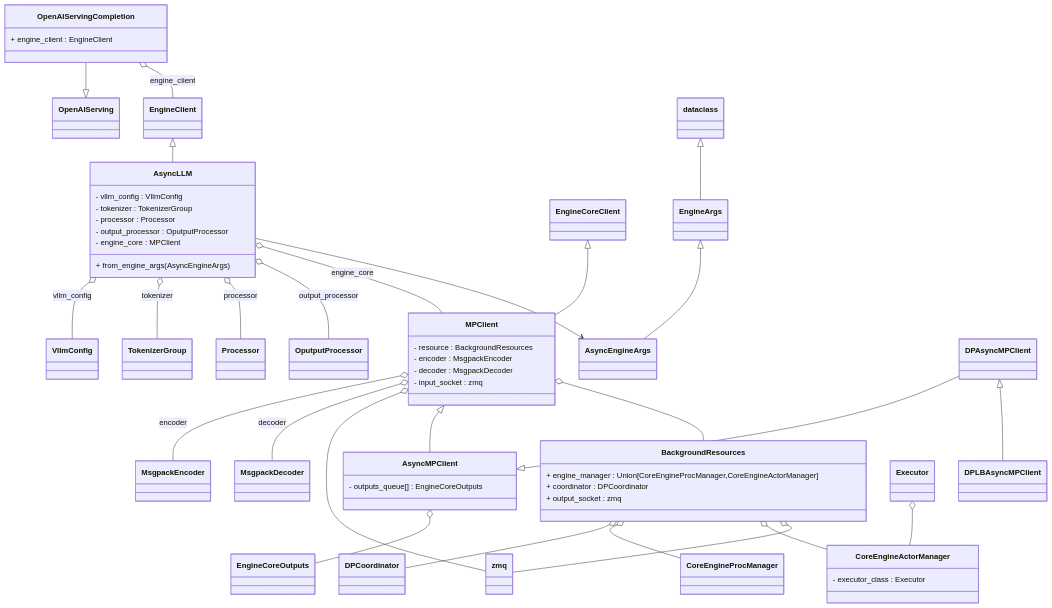
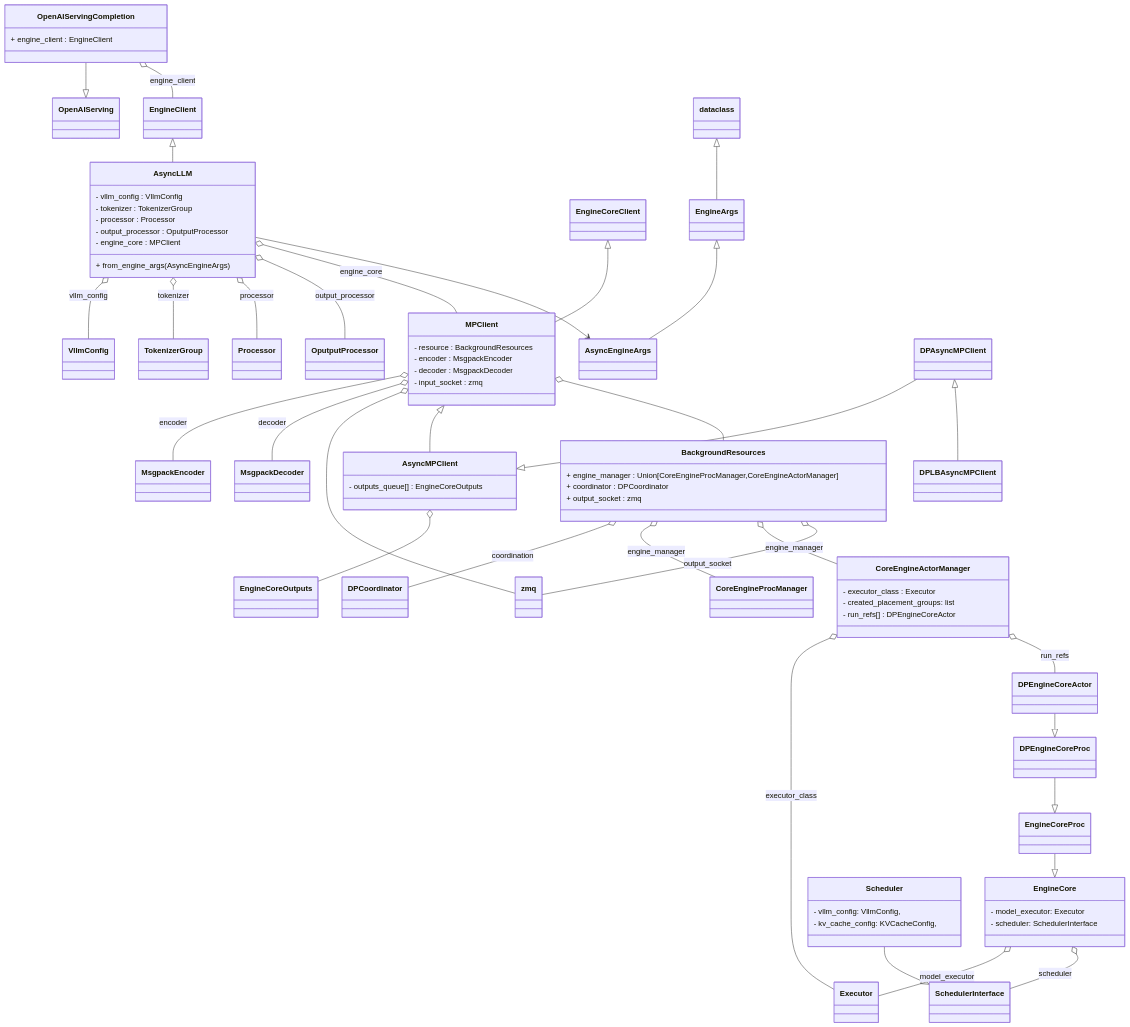
The diagram in analysis/classDiagram_v1_total_manual.mmd (mystous/vllm_hybrid), drawn with Mermaid before and after one commit. The commit also changed 1 other file, not shown here.

Commit message:
Seqence diagram and Class diagram update

```diff
--- a/analysis/classDiagram_v1_total_manual.mmd
+++ b/analysis/classDiagram_v1_total_manual.mmd
@@ -1,76 +1,101 @@
 classDiagram
 dirction TB
+
+
+
+class EngineCore{
+    - model_executor: Executor
+    - scheduler: SchedulerInterface
+}
+
+EngineCore o-- Executor: model_executor
+EngineCore o-- SchedulerInterface: scheduler
+
+class CoreEngineActorManager{
+    - executor_class : Executor
+    - created_placement_groups: list
+    - run_refs[] : DPEngineCoreActor
+}
+
+%% rank와 client의 주소를 저장하고 관리 하는 클래스
+class MPClient{
+    - resource : BackgroundResources
+    - encoder : MsgpackEncoder
+    - decoder : MsgpackDecoder
+    - input_socket : zmq
+}
 
 %% ZeroMQ
 class zmq 
 class AsyncEngineArgs
 class AsyncLLM{
     - vllm_config : VllmConfig
     - tokenizer : TokenizerGroup
     - processor : Processor
     - output_processor : OputputProcessor
     - engine_core : MPClient
     
     + from_engine_args(AsyncEngineArgs)
-}
-
-class CoreEngineActorManager{
-    - executor_class : Executor
-}
-
-%% rank와 client의 주소를 저장하고 관리 하는 클래스
-class MPClient{
-    - resource : BackgroundResources
-    - encoder : MsgpackEncoder
-    - decoder : MsgpackDecoder
-    - input_socket : zmq
 }
 
 MPClient o-- MsgpackEncoder: encoder
 MPClient o-- MsgpackDecoder: decoder
 MPClient o-- zmq
 
 class AsyncMPClient{
     - outputs_queue[] : EngineCoreOutputs
 }
 
 AsyncMPClient o-- EngineCoreOutputs : 
 
 class BackgroundResources{
     + engine_manager : Union[CoreEngineProcManager,CoreEngineActorManager]
     + coordinator : DPCoordinator
     + output_socket : zmq
 }
 
 class OpenAIServingCompletion{
     + engine_client : EngineClient
 }
 
+class Scheduler{
+    - vllm_config: VllmConfig,
+    - kv_cache_config: KVCacheConfig,
+}
+class SchedulerInterface
+
+Scheduler--|>SchedulerInterface
+
 OpenAIServingCompletion--|>OpenAIServing
 OpenAIServingCompletion o-- EngineClient: engine_client
 
 AsyncLLM o-- VllmConfig : vllm_config
 AsyncLLM o-- TokenizerGroup: tokenizer
 AsyncLLM o-- Processor: processor
 AsyncLLM o-- OputputProcessor: output_processor
 AsyncLLM o-- MPClient: engine_core
 
 EngineCoreClient<|--MPClient
 DPAsyncMPClient--|>AsyncMPClient
 DPAsyncMPClient<|--DPLBAsyncMPClient
 
-Executor o-- CoreEngineActorManager
-
 MPClient<|--AsyncMPClient
 MPClient o-- BackgroundResources
 
 dataclass <|-- EngineArgs
 EngineArgs <|--AsyncEngineArgs
 
 AsyncLLM-->AsyncEngineArgs
 EngineClient <|--AsyncLLM
 
-BackgroundResources o-- DPCoordinator
-BackgroundResources o-- CoreEngineProcManager
-BackgroundResources o-- CoreEngineActorManager
-BackgroundResources o-- zmq
+BackgroundResources o-- DPCoordinator : coordination
+BackgroundResources o-- CoreEngineProcManager: engine_manager
+BackgroundResources o-- CoreEngineActorManager: engine_manager
+BackgroundResources o-- zmq: output_socket
+
+CoreEngineActorManager o-- Executor: executor_class
+CoreEngineActorManager o-- DPEngineCoreActor: run_refs
+
+DPEngineCoreActor--|>DPEngineCoreProc
+DPEngineCoreProc--|>EngineCoreProc
+EngineCoreProc--|>EngineCore
```
